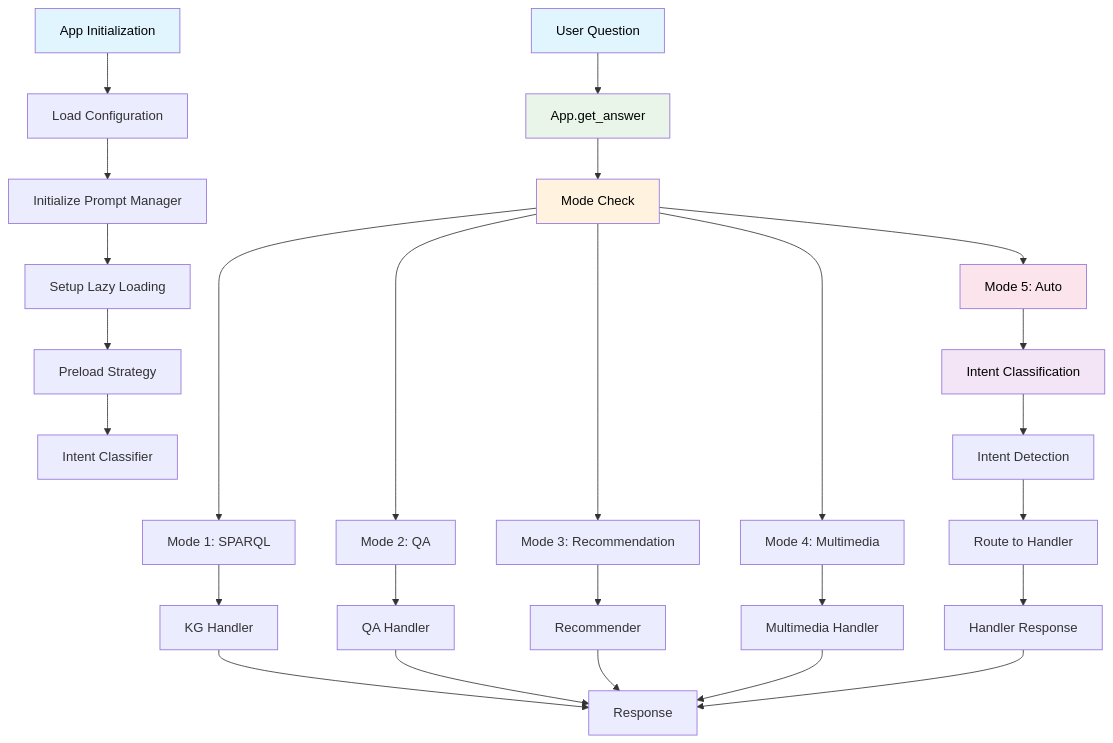
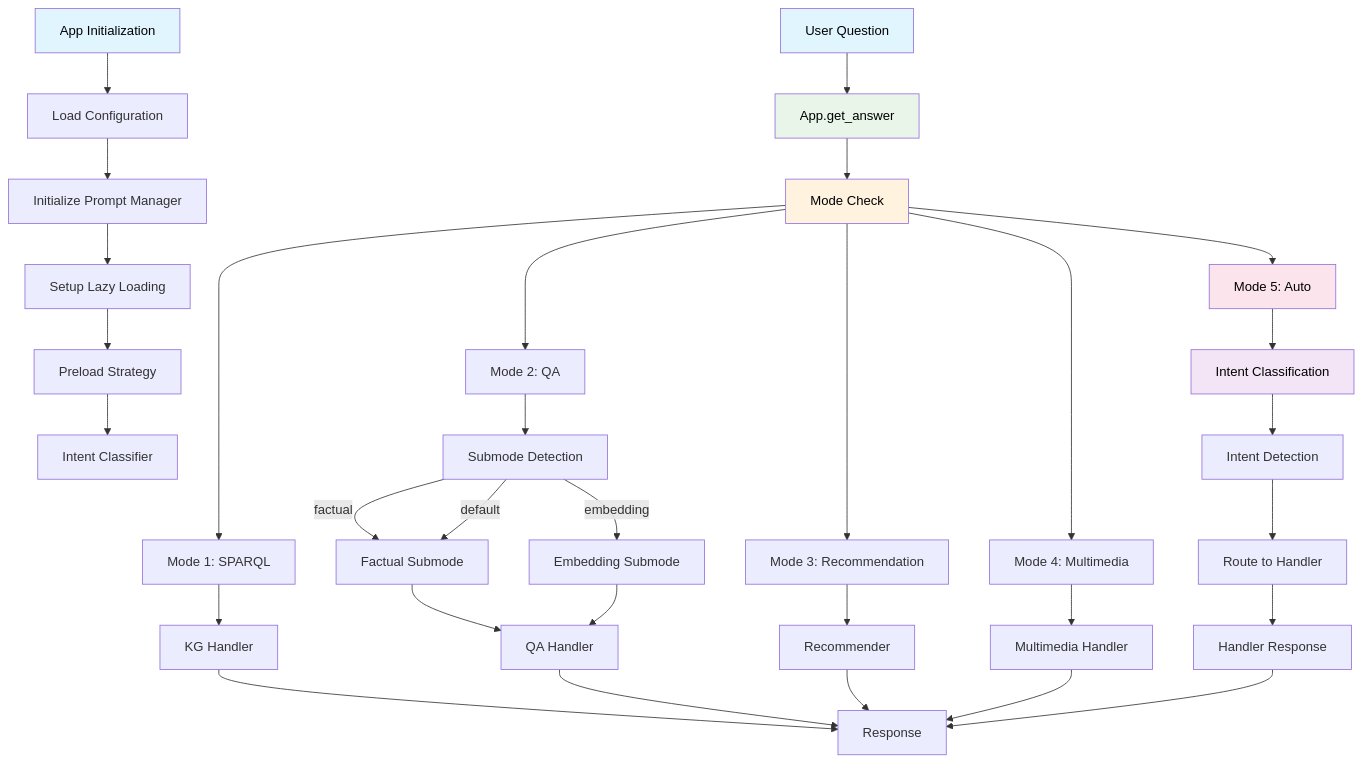
One commit to schneialexan/atai-chatbot changed the second of 4 diagrams in README.md. Above: the diagram before and after it, drawn with Mermaid. The commit also changed other lines of this file and 7 other files, not shown here.

````diff
--- a/README.md
+++ b/README.md
@@ -168,39 +194,45 @@
 ```mermaid
 graph TD
     A[App Initialization] --> B[Load Configuration]
     B --> C[Initialize Prompt Manager]
     C --> D[Setup Lazy Loading]
     D --> E[Preload Strategy]
     E --> F[Intent Classifier]
     
     G[User Question] --> H[App.get_answer]
     H --> I[Mode Check]
     I --> J[Mode 1: SPARQL]
     I --> K[Mode 2: QA]
     I --> L[Mode 3: Recommendation]
     I --> M[Mode 4: Multimedia]
     I --> N[Mode 5: Auto]
     
+    K --> K1[Submode Detection]
+    K1 -->|factual| K2[Factual Submode]
+    K1 -->|embedding| K3[Embedding Submode]
+    K1 -->|default| K2
+    
     N --> O[Intent Classification]
     O --> P[Intent Detection]
     P --> Q[Route to Handler]
     Q --> R[Handler Response]
     
     J --> S[KG Handler]
-    K --> T[QA Handler]
+    K2 --> T[QA Handler]
+    K3 --> T
     L --> U[Recommender]
     M --> V[Multimedia Handler]
     
     S --> W[Response]
     T --> W
     U --> W
     V --> W
     R --> W
     
     style A fill:#e1f5fe,color:#000000
     style G fill:#e1f5fe,color:#000000
     style H fill:#e8f5e8,color:#000000
     style I fill:#fff3e0,color:#000000
     style N fill:#fce4ec,color:#000000
     style O fill:#f3e5f5,color:#000000
 ```
````
